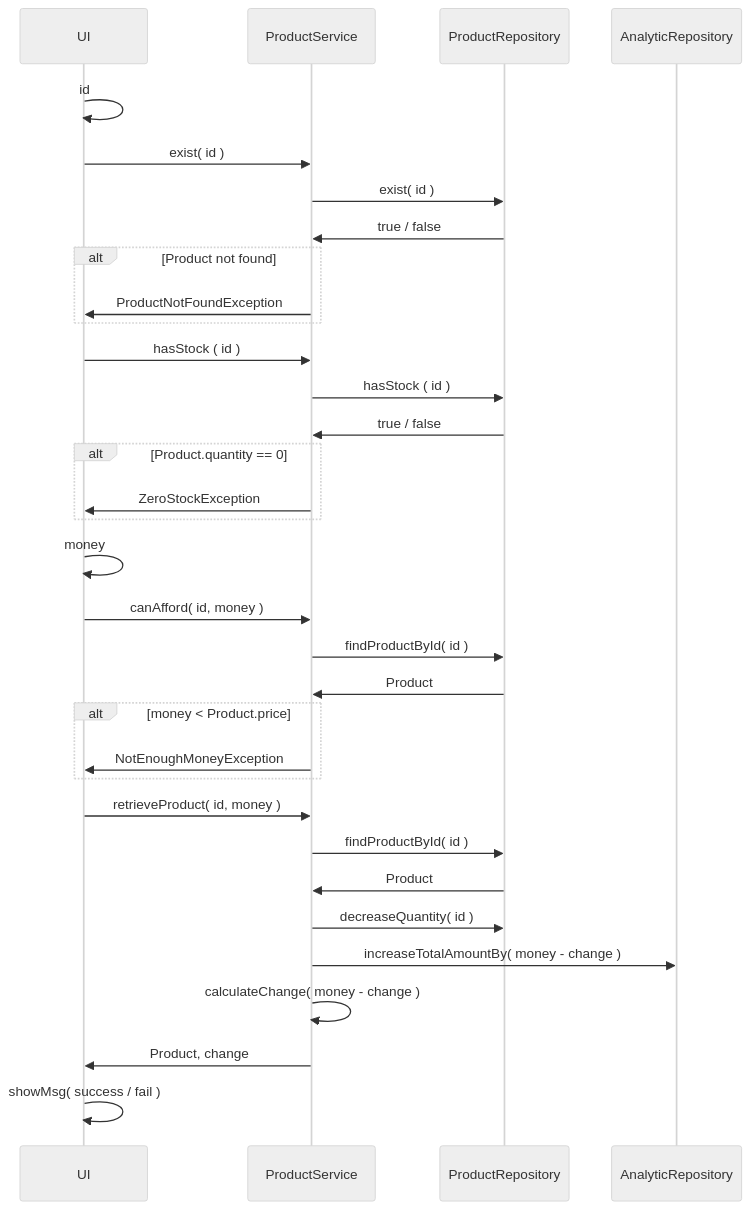
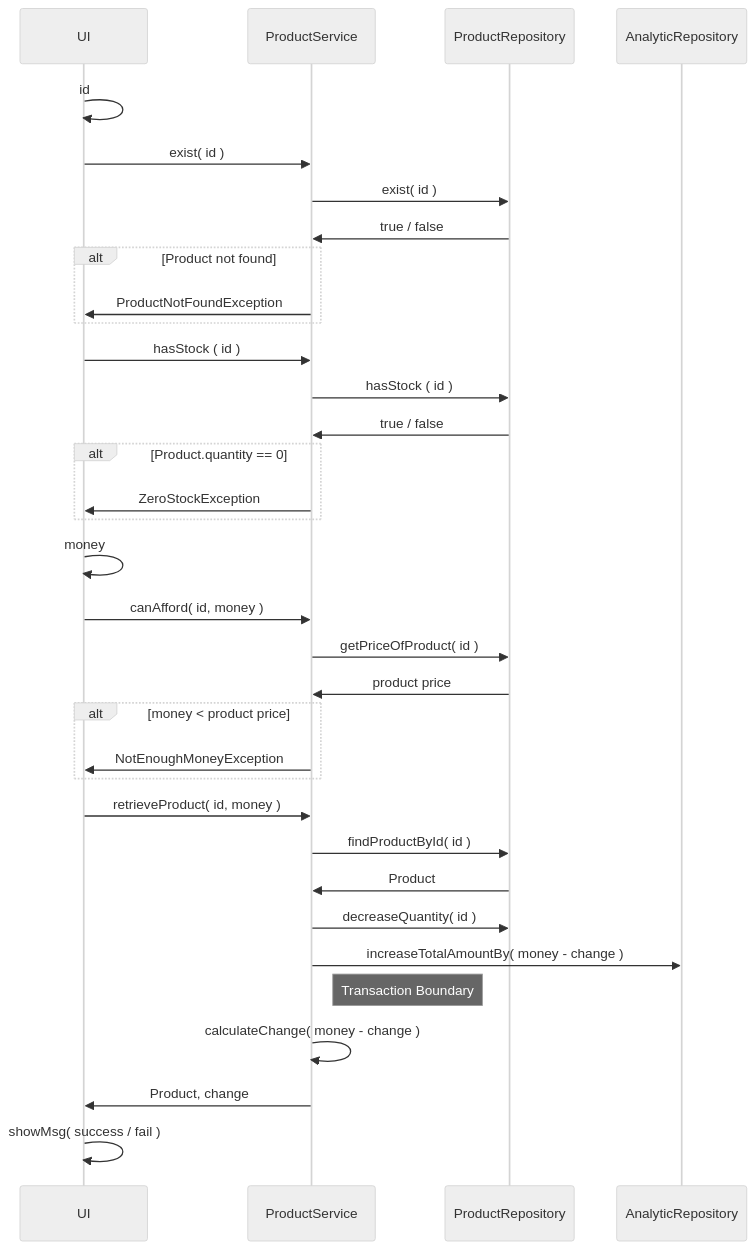
Before and after one commit to Apameus/Vending_Machine: the third of 5 diagrams in README.md, drawn with Mermaid (neutral theme). The commit also changed other lines of this file, not shown here.

````diff
--- a/README.md
+++ b/README.md
@@ -63,41 +63,42 @@
 ```mermaid
 sequenceDiagram
 participant UI
 participant PS as ProductService
 participant PR as ProductRepository
 participant AR as AnalyticRepository
 
 UI ->> UI: id
         UI ->> PS: exist( id )
     PS ->> PR: exist( id )
     PR ->> PS: true / false
     alt Product not found
         PS ->> UI: ProductNotFoundException
     end
 
     UI ->> PS: hasStock ( id )
     PS ->> PR: hasStock ( id )
 
     PR ->> PS: true / false
     alt Product.quantity == 0
         PS ->> UI: ZeroStockException
     end
     UI ->> UI: money
 
     UI ->> PS: canAfford( id, money )
-    PS ->> PR: findProductById( id )
-    PR ->> PS: Product
+    PS ->> PR: getPriceOfProduct( id )
+        PR ->>PS: product price
 
-    alt money < Product.price
+    alt money < product price
         PS ->> UI: NotEnoughMoneyException
     end
     UI ->> PS: retrieveProduct( id, money )
     PS ->> PR: findProductById( id )
     PR ->> PS: Product
 
     PS ->> PR: decreaseQuantity( id )
 PS ->> AR: increaseTotalAmountBy( money - change )
+        Note right of PS: Transaction Boundary
 PS ->> PS: calculateChange( money - change )
 PS ->> UI: Product, change
 UI ->> UI: showMsg( success / fail )   
 ```
````
